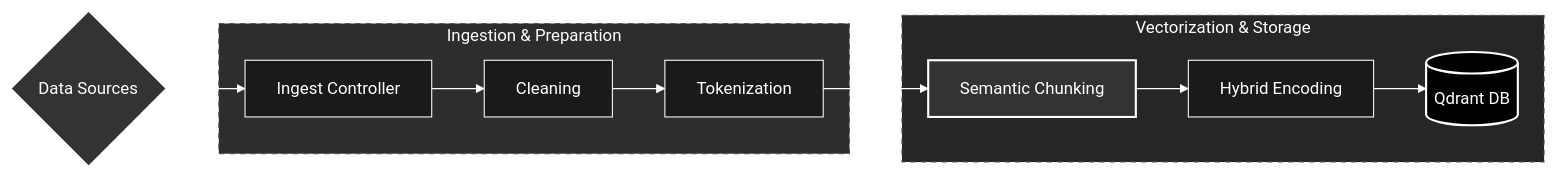
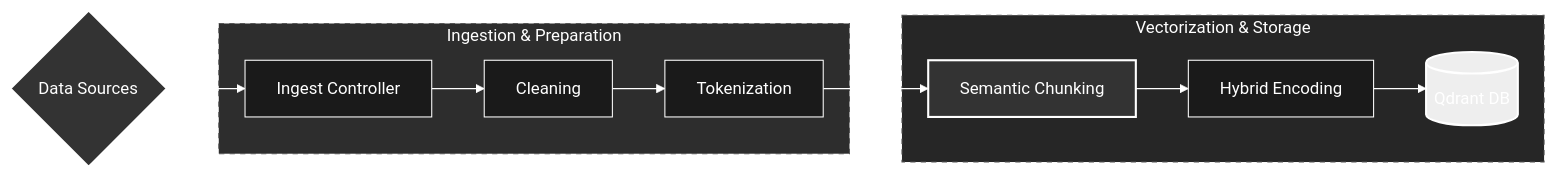
One commit to dducwsxuaan/AI-agent-QA-VNPT-Hackathon changed the diagram in README.md. Above: the diagram before and after it, drawn with Mermaid (neutral theme).

Commit message:
feat: update color for Qdrant

````diff
--- a/README.md
+++ b/README.md
@@ -5,37 +5,37 @@
 ```mermaid
 graph LR
     %% Định nghĩa Style Dark Mode
     classDef darkNode fill:#1a1a1a,stroke:#ffffff,stroke-width:1px,color:#ffffff
     classDef highlightNode fill:#333333,stroke:#ffffff,stroke-width:2px,color:#ffffff
-    classDef dbNode fill:#000000,stroke:#ffffff,stroke-width:2px,color:#ffffff
+    classDef dbNode fill:##333333,stroke:#ffffff,stroke-width:2px,color:#ffffff
 
     %% Nodes
     Sources{"Data Sources"}:::highlightNode
     
     subgraph Prep [Ingestion & Preparation]
         Ingest["Ingest Controller"]:::darkNode
         Clean["Cleaning"]:::darkNode
         Tokenize["Tokenization"]:::darkNode
     end
     
     subgraph Vector [Vectorization & Storage]
         Chunk["Semantic Chunking"]:::highlightNode
         Encode["Hybrid Encoding"]:::darkNode
         Qdrant[("Qdrant DB")]:::dbNode
     end
 
     %% Luồng dữ liệu (Mũi tên trắng)
     Sources ==> Ingest
     Ingest --> Clean
     Clean --> Tokenize
     Tokenize --> Chunk
     Chunk --> Encode
     Encode ==> Qdrant
 
     %% Style cho khung Subgraph (Nền tối dần từ ngoài vào trong)
     style Prep fill:#2d2d2d,stroke:#555555,stroke-dasharray: 5 5,color:#ffffff
     style Vector fill:#262626,stroke:#555555,stroke-dasharray: 5 5,color:#ffffff
 
     %% Chỉnh màu mũi tên sang trắng
     linkStyle default stroke:#ffffff,stroke-width:1px
 ```
````
